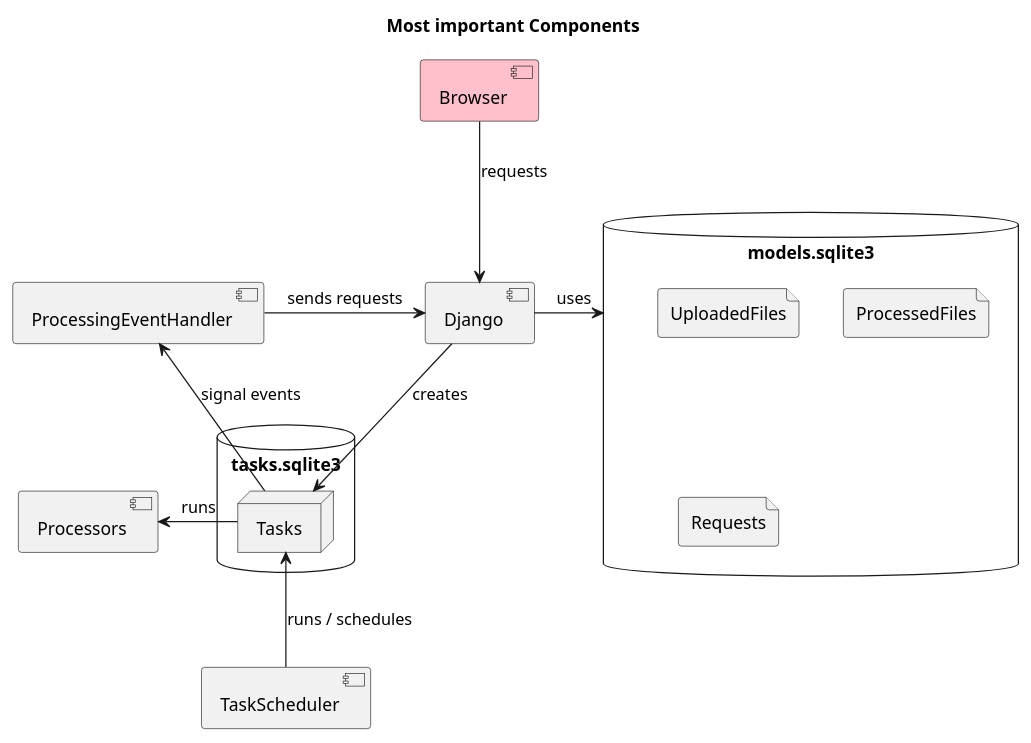
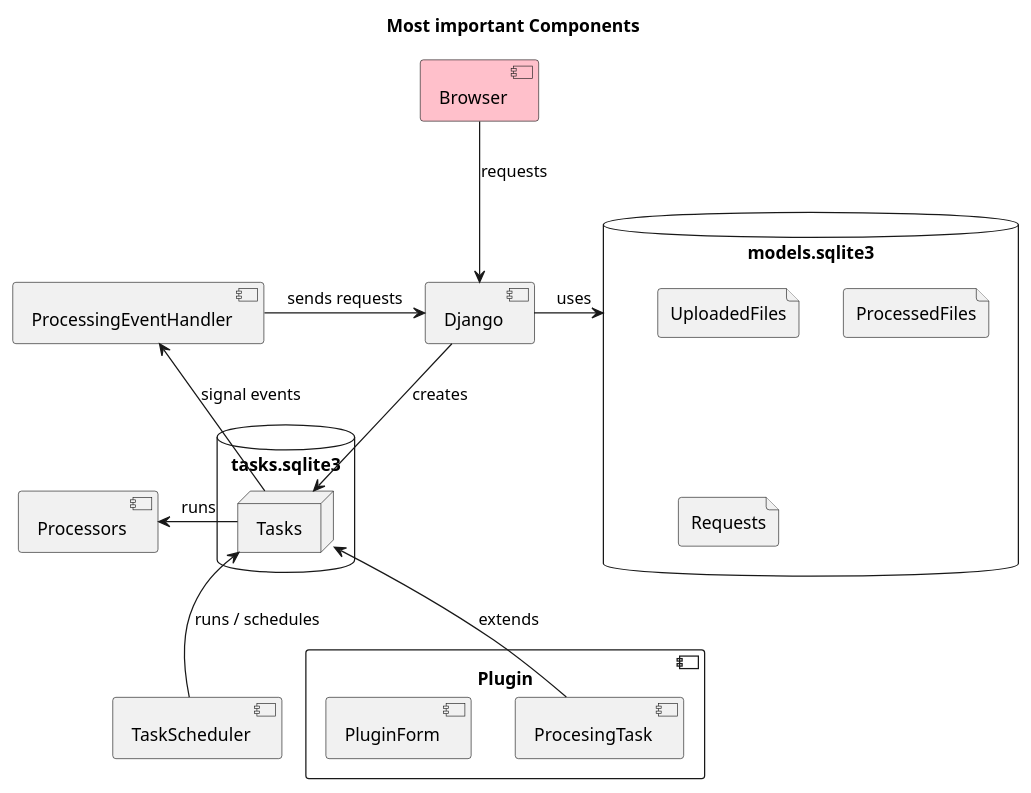
One commit to pIlIp-d/PDF-Compressor changed the diagram in documentation/components.puml. Above: the diagram before and after it, drawn with PlantUML.

Commit message:
added Plugin to components.puml

```diff
--- a/documentation/components.puml
+++ b/documentation/components.puml
@@ -1,26 +1,31 @@
 @startuml
 
     title Most important Components
     component Browser #pink
     component Django
     database models.sqlite3{
         file UploadedFiles
         file ProcessedFiles
         file Requests
     }
     Django -> models.sqlite3: uses
 
     database tasks.sqlite3 {
         node Tasks
     }
     Browser -down-> Django: requests
     component TaskScheduler
     TaskScheduler -up-> Tasks: runs / schedules
     Tasks --> [ProcessingEventHandler]: signal events
     ProcessingEventHandler -right-> Django: sends requests
 
+    component Plugin {
+        component ProcesingTask
+        component PluginForm
+    }
+    ProcesingTask -up-> Tasks: extends
     component Processors
     Tasks -left-> Processors: runs
     Django --> Tasks: creates
 
 @enduml
```
